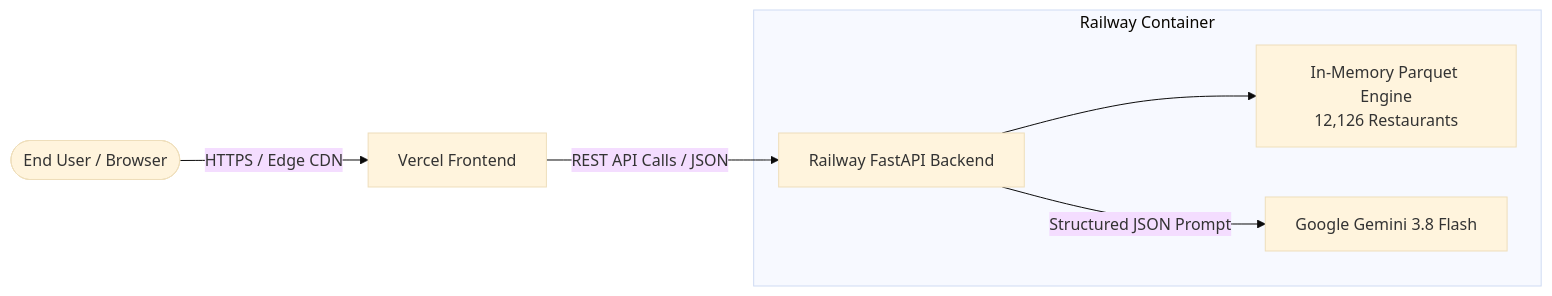
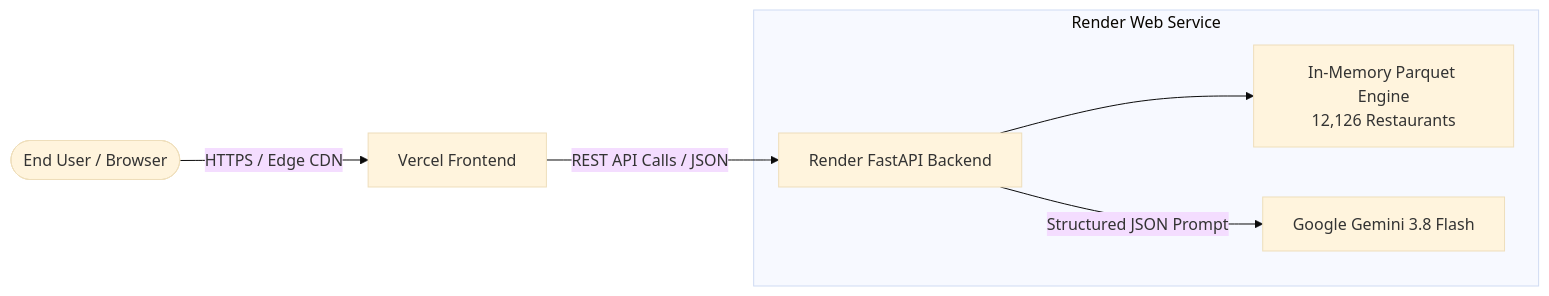
Before and after one commit to diptihello/restoSearchBengaluru: the diagram in docs/deployment-plan.md, drawn with Mermaid (base theme). The commit also changed other lines of this file and 67 other files, not shown here.

````diff
--- a/docs/deployment-plan.md
+++ b/docs/deployment-plan.md
@@ -11,10 +11,10 @@
 ```mermaid
 graph LR
     User([End User / Browser]) -->|HTTPS / Edge CDN| Vercel[Vercel Frontend]
-    Vercel -->|REST API Calls / JSON| Railway[Railway FastAPI Backend]
+    Vercel -->|REST API Calls / JSON| Render[Render FastAPI Backend]
     
-    subgraph Railway Container
-        Railway --> FilterEngine[In-Memory Parquet Engine<br/>12,126 Restaurants]
-        Railway -->|Structured JSON Prompt| Gemini[Google Gemini 3.8 Flash]
+    subgraph Render Web Service
+        Render --> FilterEngine[In-Memory Parquet Engine<br/>12,126 Restaurants]
+        Render -->|Structured JSON Prompt| Gemini[Google Gemini 3.8 Flash]
     end
 ```
````
